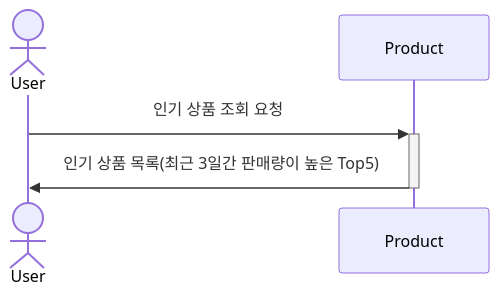
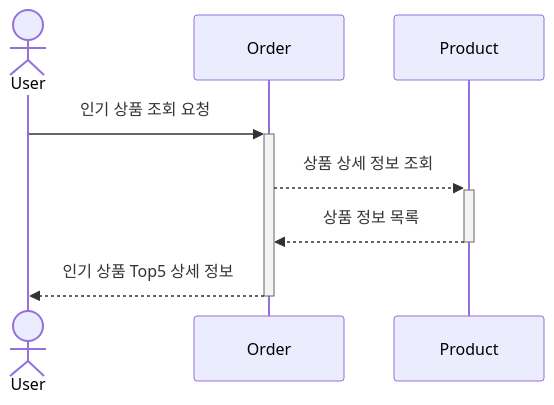
Before and after one commit to Ssoyoung-J/e-commerce-service: the ninth of 9 diagrams in docs/SequenceDiagram.md, drawn with Mermaid. The commit also changed other lines of this file, not shown here.

Commit message:
docs: SequenceDiagram 2.0

````diff
--- a/docs/SequenceDiagram.md
+++ b/docs/SequenceDiagram.md
@@ -118,9 +150,11 @@
 ```mermaid
-%% product 조회말고 주문에서도 가져올 수 있지않나? 주문량을 통해?
 sequenceDiagram
     actor User
+    participant Order
     participant Product
-    
-    User ->>+ Product: 인기 상품 조회 요청
-    Product ->>- User: 인기 상품 목록(최근 3일간 판매량이 높은 Top5)
+
+    User ->>+ Order: 인기 상품 조회 요청
+    Order -->>+ Product: 상품 상세 정보 조회
+    Product -->>- Order: 상품 정보 목록
+    Order -->>- User: 인기 상품 Top5 상세 정보
 ```
````
